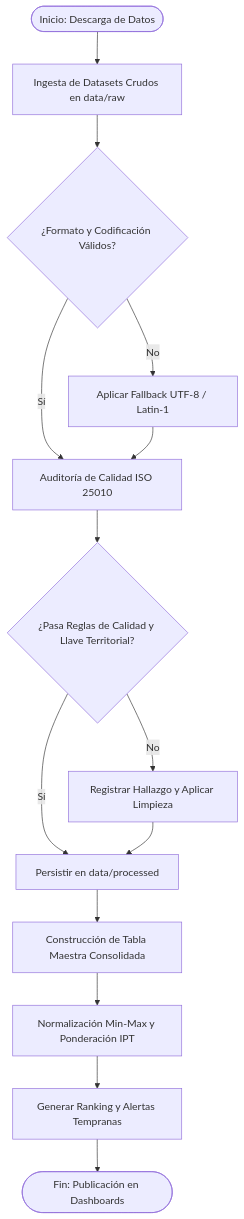
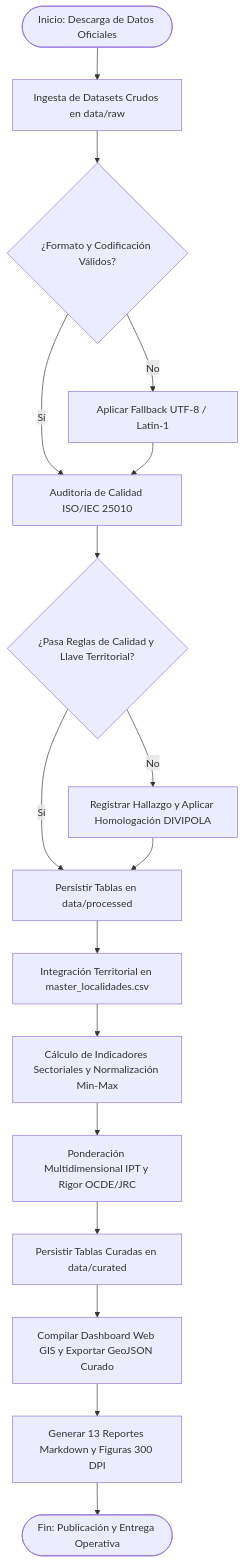
The diagram in docs/01-requirements/diagrams/activity-diagram.md (adansanchezc1-spec/DataJam_DataOlinguitos_Gen), drawn with Mermaid before and after one commit. The commit also changed other lines of this file and 72 other files, not shown here.

First line of the commit message:
feat(viz,docs): implement Web GIS dashboard with HCI protocols, unify to v1.0.0, and restructure documentation

````diff
--- a/docs/01-requirements/diagrams/activity-diagram.md
+++ b/docs/01-requirements/diagrams/activity-diagram.md
@@ -3,16 +3,19 @@
 ```mermaid
 flowchart TD
-    A([Inicio: Descarga de Datos]) --> B[Ingesta de Datasets Crudos en data/raw]
+    A([Inicio: Descarga de Datos Oficiales]) --> B[Ingesta de Datasets Crudos en data/raw]
     B --> C{¿Formato y Codificación Válidos?}
     C -->|No| D[Aplicar Fallback UTF-8 / Latin-1]
-    C -->|Sí| E[Auditoría de Calidad ISO 25010]
+    C -->|Sí| E[Auditoría de Calidad ISO/IEC 25010]
     D --> E
     E --> F{¿Pasa Reglas de Calidad y Llave Territorial?}
-    F -->|No| G[Registrar Hallazgo y Aplicar Limpieza]
-    F -->|Sí| H[Persistir en data/processed]
+    F -->|No| G[Registrar Hallazgo y Aplicar Homologación DIVIPOLA]
+    F -->|Sí| H[Persistir Tablas en data/processed]
     G --> H
-    H --> I[Construcción de Tabla Maestra Consolidada]
-    I --> J[Normalización Min-Max y Ponderación IPT]
-    J --> K[Generar Ranking y Alertas Tempranas]
-    K --> L([Fin: Publicación en Dashboards])
+    H --> I[Integración Territorial en master_localidades.csv]
+    I --> J[Cálculo de Indicadores Sectoriales y Normalización Min-Max]
+    J --> K[Ponderación Multidimensional IPT y Rigor OCDE/JRC]
+    K --> L[Persistir Tablas Curadas en data/curated]
+    L --> M[Compilar Dashboard Web GIS y Exportar GeoJSON Curado]
+    M --> N[Generar 13 Reportes Markdown y Figuras 300 DPI]
+    N --> O([Fin: Publicación y Entrega Operativa])
 ```
````
